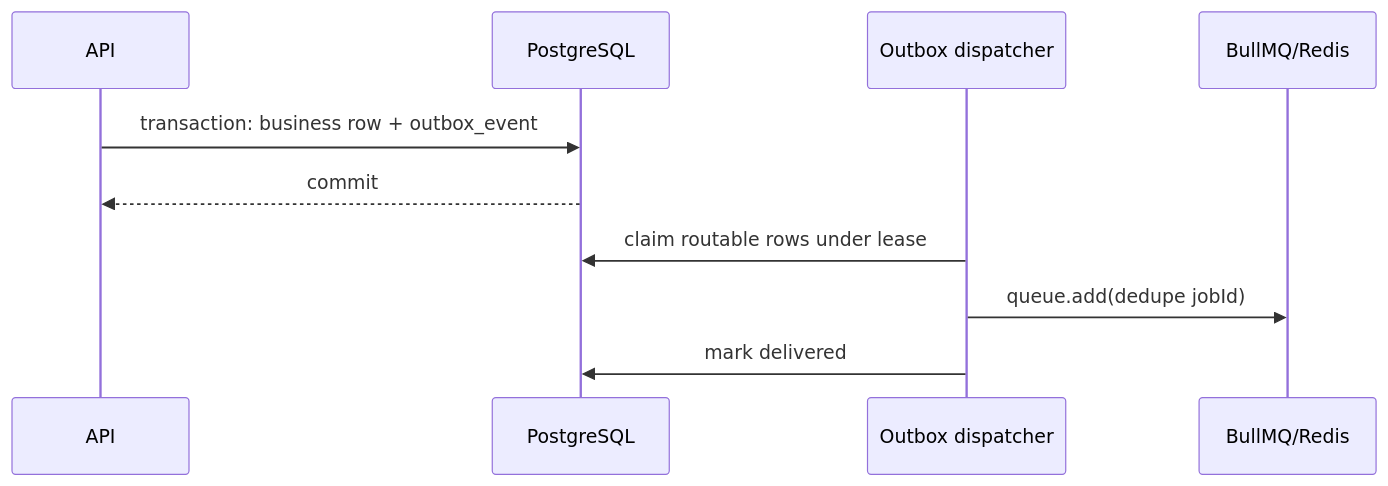
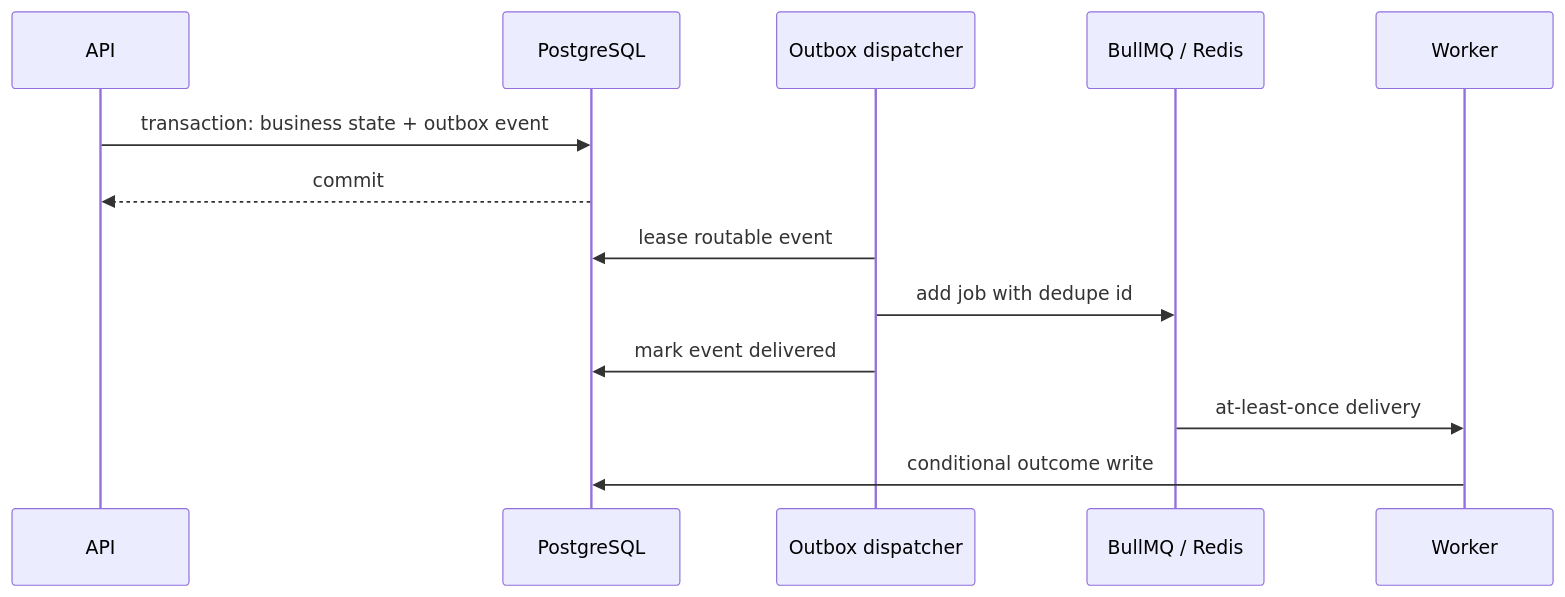
The diagram in docs/redis-queue-outbox.md (adnanalmahmut/ai-agent), drawn with Mermaid before and after one commit. The commit also changed other lines of this file and 503 other files, not shown here.

````diff
--- a/docs/redis-queue-outbox.md
+++ b/docs/redis-queue-outbox.md
@@ -12,12 +11,15 @@
 ```mermaid
 sequenceDiagram
   participant API
   participant DB as PostgreSQL
-  participant O as Outbox dispatcher
-  participant Q as BullMQ/Redis
-  API->>DB: transaction: business row + outbox_event
+  participant D as Outbox dispatcher
+  participant Q as BullMQ / Redis
+  participant W as Worker
+  API->>DB: transaction: business state + outbox event
   DB-->>API: commit
-  O->>DB: claim routable rows under lease
-  O->>Q: queue.add(dedupe jobId)
-  O->>DB: mark delivered
+  D->>DB: lease routable event
+  D->>Q: add job with dedupe id
+  D->>DB: mark event delivered
+  Q->>W: at-least-once delivery
+  W->>DB: conditional outcome write
 ```
````
